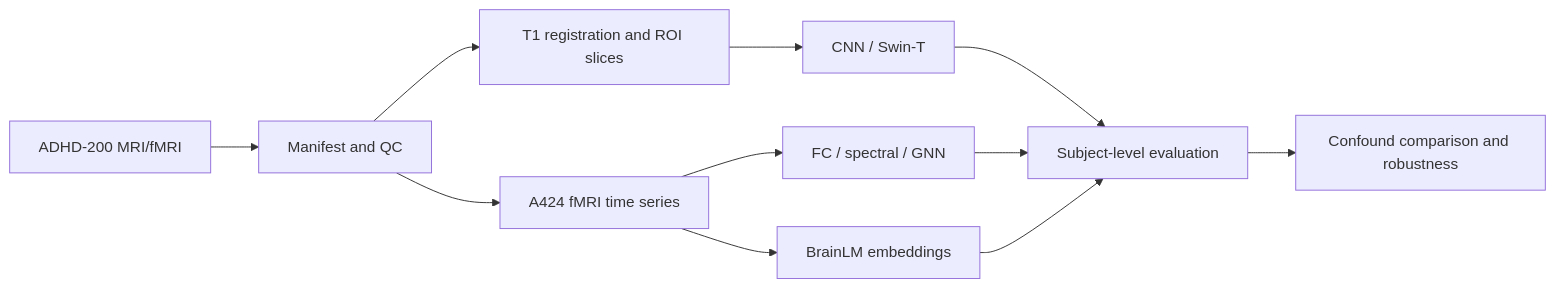
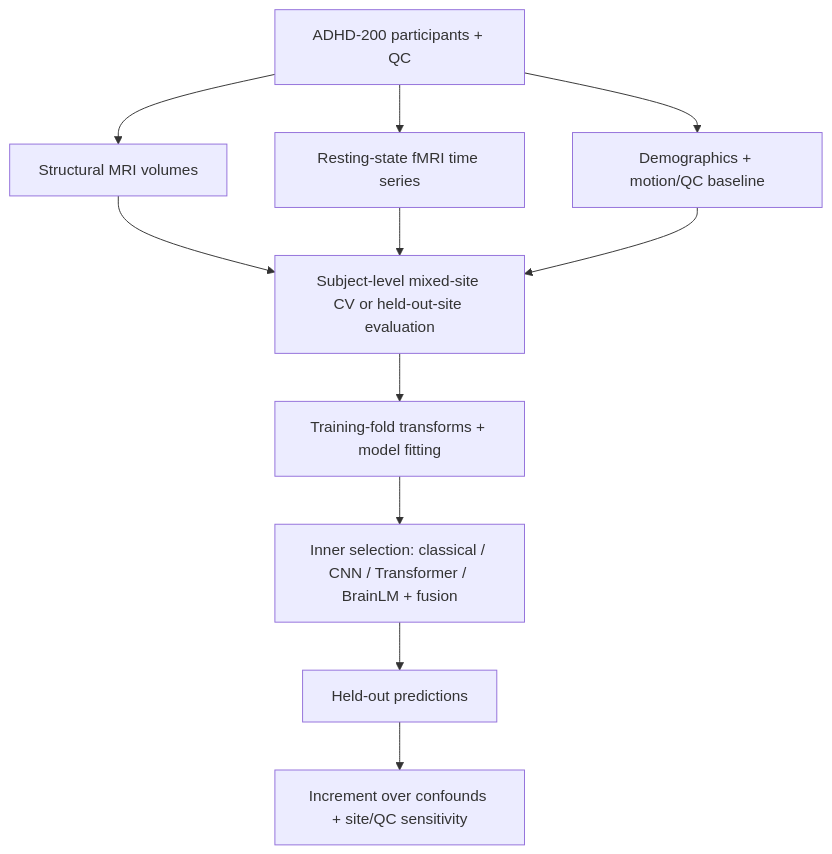
One commit to NingyuSUN/adhd-mri-fmri changed the diagram in README.md. Above: the diagram before and after it, drawn with Mermaid. The commit also changed other lines of this file and 4 other files, not shown here.

````diff
--- a/README.md
+++ b/README.md
@@ -21,13 +17,13 @@
 ```mermaid
-flowchart LR
-    A[ADHD-200 MRI/fMRI] --> B[Manifest and QC]
-    B --> C1[T1 registration and ROI slices]
-    B --> C2[A424 fMRI time series]
-    C1 --> D1[CNN / Swin-T]
-    C2 --> D2[FC / spectral / GNN]
-    C2 --> D3[BrainLM embeddings]
-    D1 --> E[Subject-level evaluation]
-    D2 --> E
-    D3 --> E
-    E --> F[Confound comparison and robustness]
+flowchart TD
+    A["ADHD-200 participants + QC"] --> B["Structural MRI volumes"]
+    A --> C["Resting-state fMRI time series"]
+    A --> D["Demographics + motion/QC baseline"]
+    B --> E["Subject-level mixed-site CV or held-out-site evaluation"]
+    C --> E
+    D --> E
+    E --> F["Training-fold transforms + model fitting"]
+    F --> G["Inner selection: classical / CNN / Transformer / BrainLM + fusion"]
+    G --> H["Held-out predictions"]
+    H --> I["Increment over confounds + site/QC sensitivity"]
 ```
````
